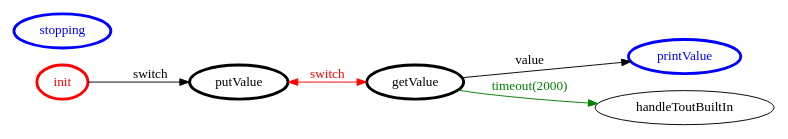
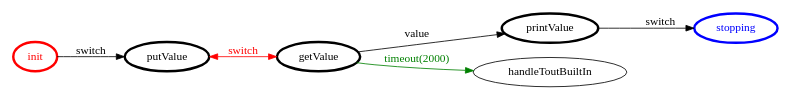
Before and after one commit to makokev/Project-Work-The-CoAP-Protocol: the diagram in coapClient-v1/srcMore/it/unibo/client_simple_actor/client_simple_actor.gv, drawn with Graphviz. The commit also changed 52 other files, not shown here.

```diff
--- a/coapClient-v1/srcMore/it/unibo/client_simple_actor/client_simple_actor.gv
+++ b/coapClient-v1/srcMore/it/unibo/client_simple_actor/client_simple_actor.gv
@@ -1,22 +1,23 @@
 /*
 *
 * A GraphViz DOT FSM description 
 * Please use a GraphViz visualizer (like http://www.webgraphviz.com)
 *  
 */
 
 digraph finite_state_machine {
 	rankdir=LR
 	size="8,5"
 	
 	init [ color = red ][ fontcolor = red ][ penwidth = 3 ]
 	getValue [ color = black ][ fontcolor = black ][ penwidth = 3 ]
 	putValue [ color = black ][ fontcolor = black ][ penwidth = 3 ]
+	printValue [ color = black ][ fontcolor = black ][ penwidth = 3 ]
 	stopping [ color = blue ][ fontcolor = blue ][ penwidth = 3 ]
-	printValue [ color = blue ][ fontcolor = blue ][ penwidth = 3 ]
 	
 	getValue -> printValue [ label = "value" ][ color = black ][ fontcolor = black ]
 	getValue -> handleToutBuiltIn [ label = "timeout(2000)" ][ color = green ][ fontcolor = green ]
 	init -> putValue [ label = "switch" ][ color = black ][ fontcolor = black ]
+	printValue -> stopping [ label = "switch" ][ color = black ][ fontcolor = black ]
 	putValue -> getValue [ label = "switch" ][ color = red ][ fontcolor = red ][ dir = both ]
 }
```
